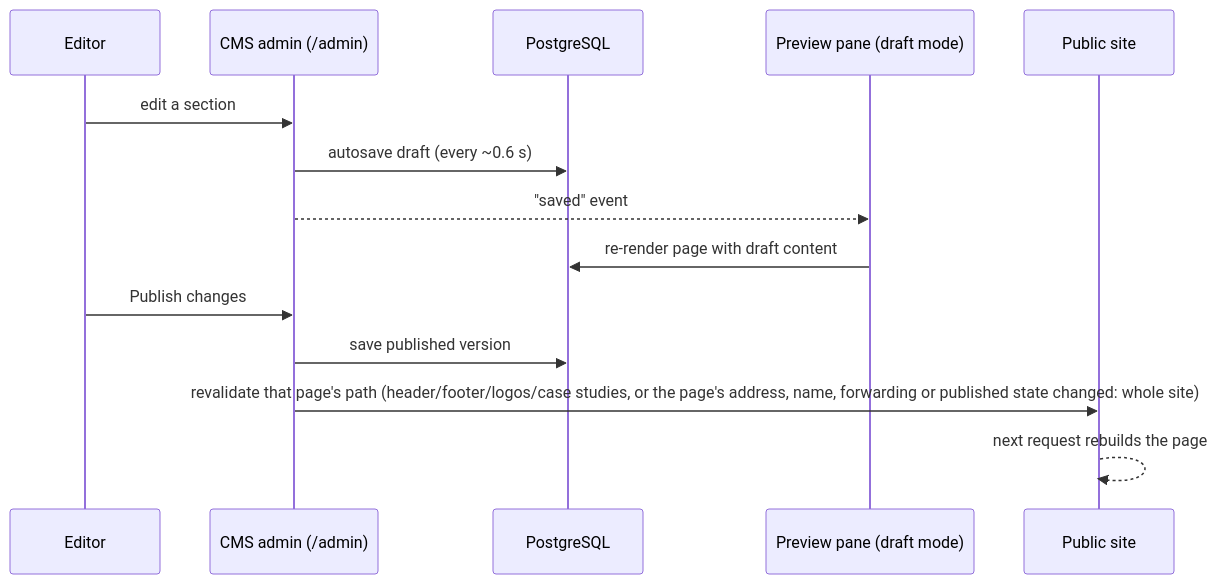
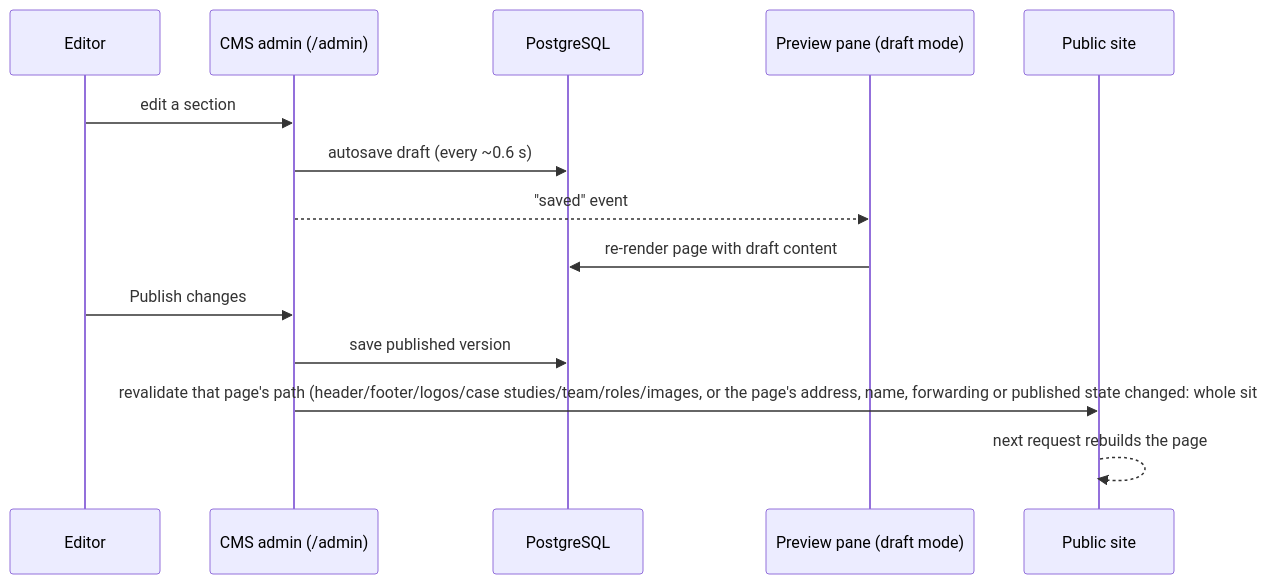
Before and after one commit to nidheeshvb/PLG: the fifth of 9 diagrams in docs/architecture.md, drawn with Mermaid. The commit also changed other lines of this file and 54 other files, not shown here.

````diff
--- a/docs/architecture.md
+++ b/docs/architecture.md
@@ -165,16 +166,16 @@
 ```mermaid
 sequenceDiagram
   participant E as Editor
   participant A as CMS admin (/admin)
   participant DB as PostgreSQL
   participant PV as Preview pane (draft mode)
   participant S as Public site
   E->>A: edit a section
   A->>DB: autosave draft (every ~0.6 s)
   A-->>PV: "saved" event
   PV->>DB: re-render page with draft content
   E->>A: Publish changes
   A->>DB: save published version
-  A->>S: revalidate that page's path (header/footer/logos/case studies, or the page's address, name, forwarding or published state changed: whole site)
+  A->>S: revalidate that page's path (header/footer/logos/case studies/team/roles/images, or the page's address, name, forwarding or published state changed: whole site)
   S-->>S: next request rebuilds the page
 ```
````
